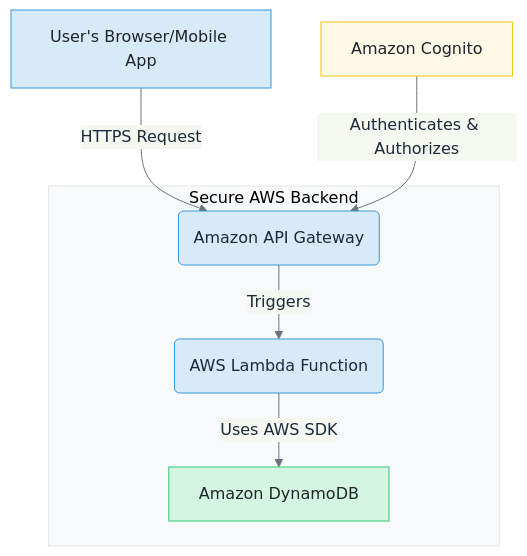
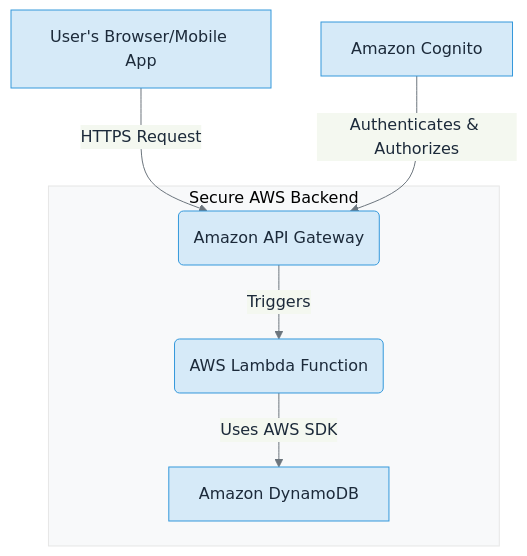
Before and after one commit to andomeder/dynamodb: the first of 3 diagrams in slides.md, drawn with Mermaid. The commit also changed other lines of this file and 1 other file, not shown here.

````diff
--- a/slides.md
+++ b/slides.md
@@ -276,30 +292,26 @@
 ```mermaid
 %%{
   init: {
     "theme": "base",
     "themeVariables": {
       "primaryColor": "#F0F4F8",
       "primaryTextColor": "#1C2A3A",
       "primaryBorderColor": "#A6B5C5",
       "lineColor": "#6C757D",
       "textColor": "#212529",
       "mainBkg": "#D6EAF8",
       "nodeBorder": "#3498DB",
       "clusterBkg": "#F8F9FA",
       "clusterBorderColor": "#CED4DA"
     }
   }
 }%%
 graph TD
     A["<div class='flex items-center'><div class='i-carbon-laptop text-3xl mr-2'></div>User's Browser/Mobile App</div>"] -->|HTTPS Request| B(Amazon API Gateway);
     B -->|Triggers| C(AWS Lambda Function);
     C -->|Uses AWS SDK| D["<div class='flex items-center'><div class='i-simple-icons-amazonaws text-3xl mr-2'></div>Amazon DynamoDB</div>"];
     subgraph "Secure AWS Backend"
         B; C; D;
     end
     E["<div class='flex items-center'><div class='i-carbon-user-avatar-filled-alt text-3xl mr-2'></div>Amazon Cognito</div>"] -->|Authenticates & Authorizes| B;
-
-    style A fill:#D6EAF8,stroke:#3498DB,color:#212529
-    style E fill:#FEF9E7,stroke:#F1C40F,color:#212529
-    style D fill:#D5F5E3,stroke:#2ECC71,color:#212529
 ```
````
